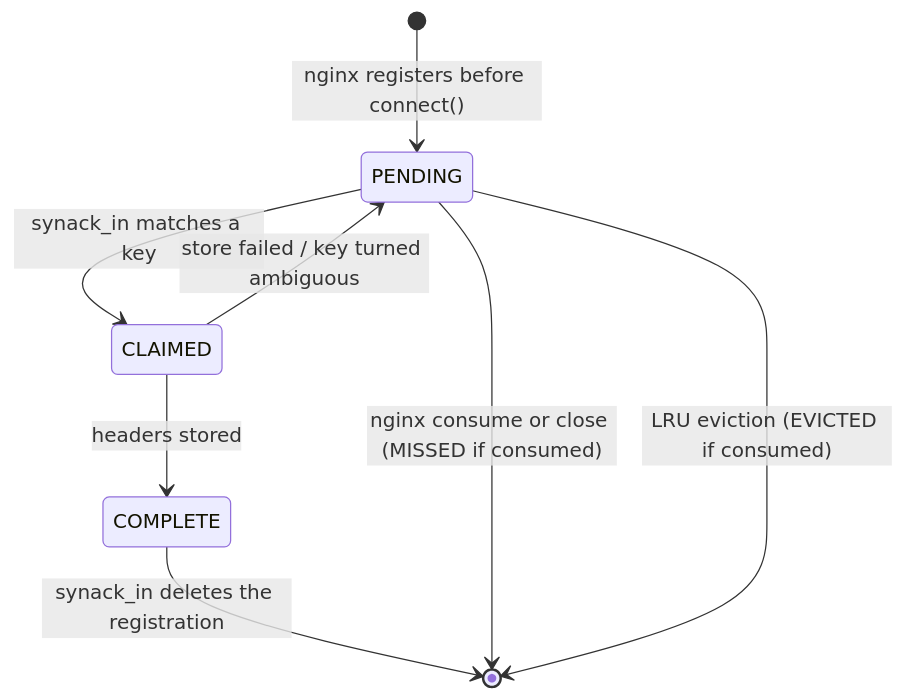
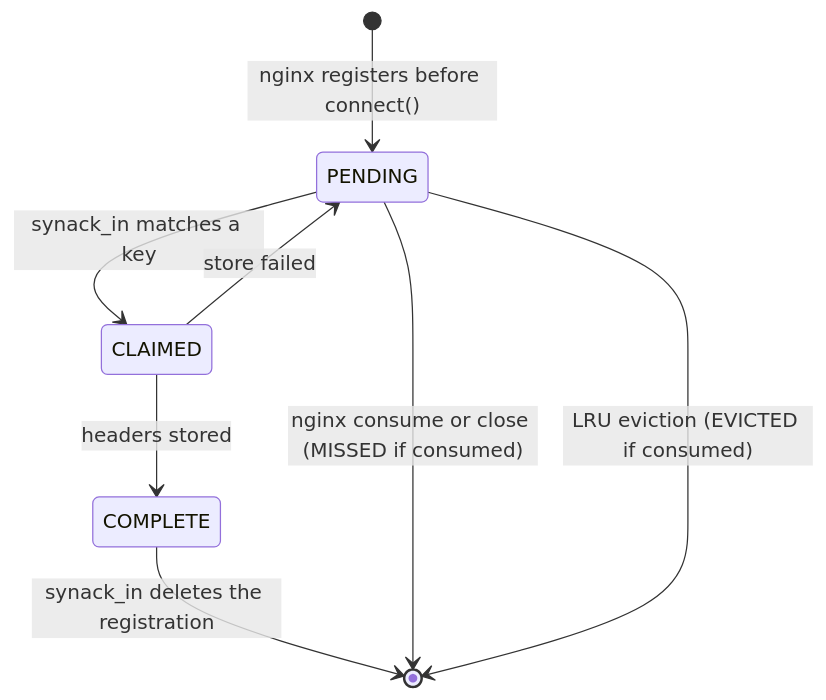
The third of 3 diagrams in doc/ja4ts_ebpf_design.md (lynch1981/ja4-nginx-module), drawn with Mermaid before and after one commit. The commit also changed other lines of this file and 5 other files, not shown here.

````diff
--- a/doc/ja4ts_ebpf_design.md
+++ b/doc/ja4ts_ebpf_design.md
@@ -305,10 +306,10 @@
 ```mermaid
 stateDiagram-v2
     [*] --> PENDING: nginx registers before connect()
     PENDING --> CLAIMED: synack_in matches a key
-    CLAIMED --> PENDING: store failed / key turned ambiguous
+    CLAIMED --> PENDING: store failed
     CLAIMED --> COMPLETE: headers stored
     COMPLETE --> [*]: synack_in deletes the registration
     PENDING --> [*]: nginx consume or close (MISSED if consumed)
     PENDING --> [*]: LRU eviction (EVICTED if consumed)
 ```
````
